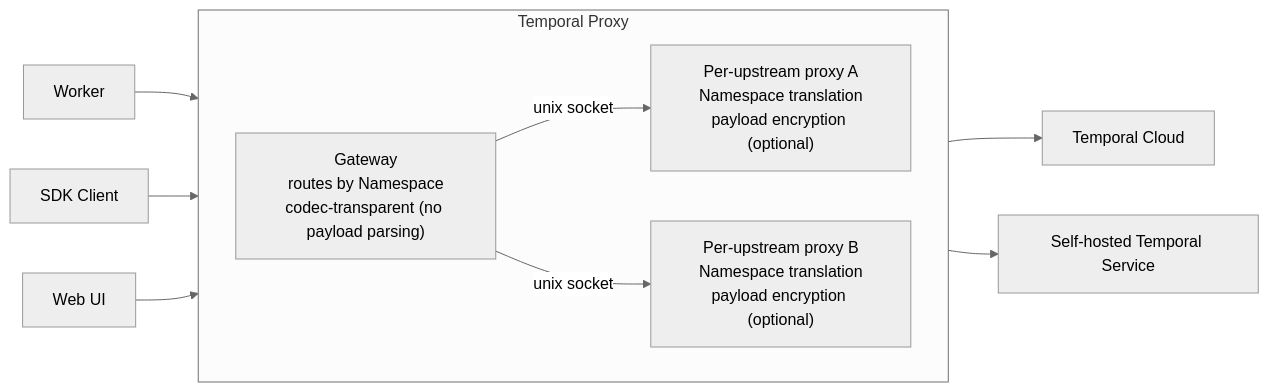
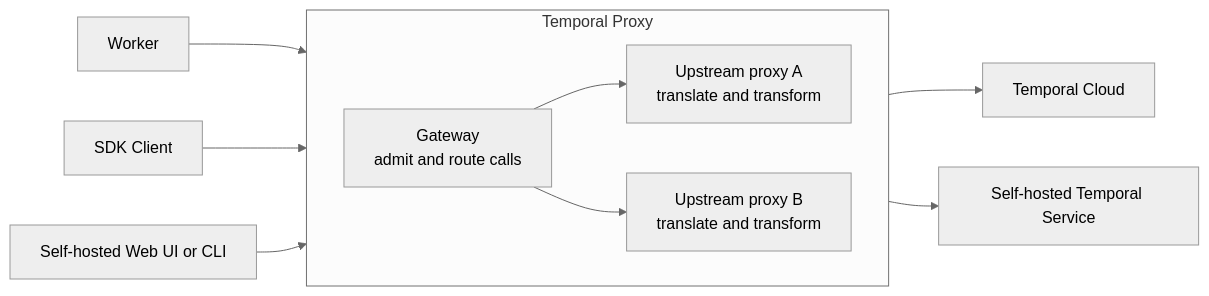
Before and after one commit to temporalio/documentation: the diagram in docs/production-deployment/temporal-proxy/index.mdx, drawn with Mermaid (neutral theme). The commit also changed other lines of this file and 11 other files, not shown here.

````diff
--- a/docs/production-deployment/temporal-proxy/index.mdx
+++ b/docs/production-deployment/temporal-proxy/index.mdx
@@ -44,24 +49,24 @@
 ```mermaid
 flowchart LR
     Worker[Worker]
     Client[SDK Client]
-    UI[Web UI]
+    UI[Self-hosted Web UI or CLI]
 
     subgraph Proxy[Temporal Proxy]
         direction LR
-        Gateway["Gateway<br/>routes by Namespace<br/>codec-transparent (no payload parsing)"]
-        ProxyA["Per-upstream proxy A<br/>Namespace translation<br/>payload encryption (optional)"]
-        ProxyB["Per-upstream proxy B<br/>Namespace translation<br/>payload encryption (optional)"]
-        Gateway -->|unix socket| ProxyA
-        Gateway -->|unix socket| ProxyB
+        Gateway["Gateway<br/>admit and route calls"]
+        ProxyA["Upstream proxy A<br/>translate and transform"]
+        ProxyB["Upstream proxy B<br/>translate and transform"]
+        Gateway --> ProxyA
+        Gateway --> ProxyB
     end
 
     Cloud[Temporal Cloud]
     SelfHosted[Self-hosted Temporal Service]
 
     Worker --> Gateway
     Client --> Gateway
     UI --> Gateway
     ProxyA --> Cloud
     ProxyB --> SelfHosted
 ```
````
